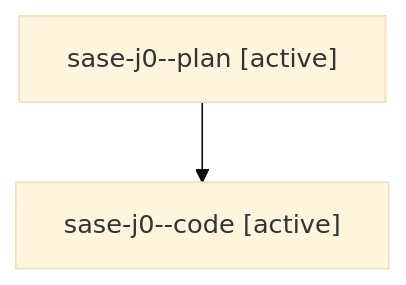
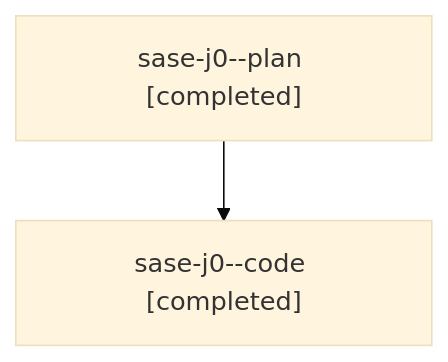
The diagram in families/bbugyi200.athena.sase-j0.md (sase-org/sase--agents), drawn with Mermaid (base theme) before and after one commit. The commit also changed other lines of this file and 396 other files, not shown here.

````diff
--- a/families/bbugyi200.athena.sase-j0.md
+++ b/families/bbugyi200.athena.sase-j0.md
@@ -9,6 +9,6 @@
 ```mermaid
 flowchart TD
-  n0["sase-j0--plan [active]"]
-  n1["sase-j0--code [active]"]
+  n0["sase-j0--plan [completed]"]
+  n1["sase-j0--code [completed]"]
   n0 --> n1
 ```
````
